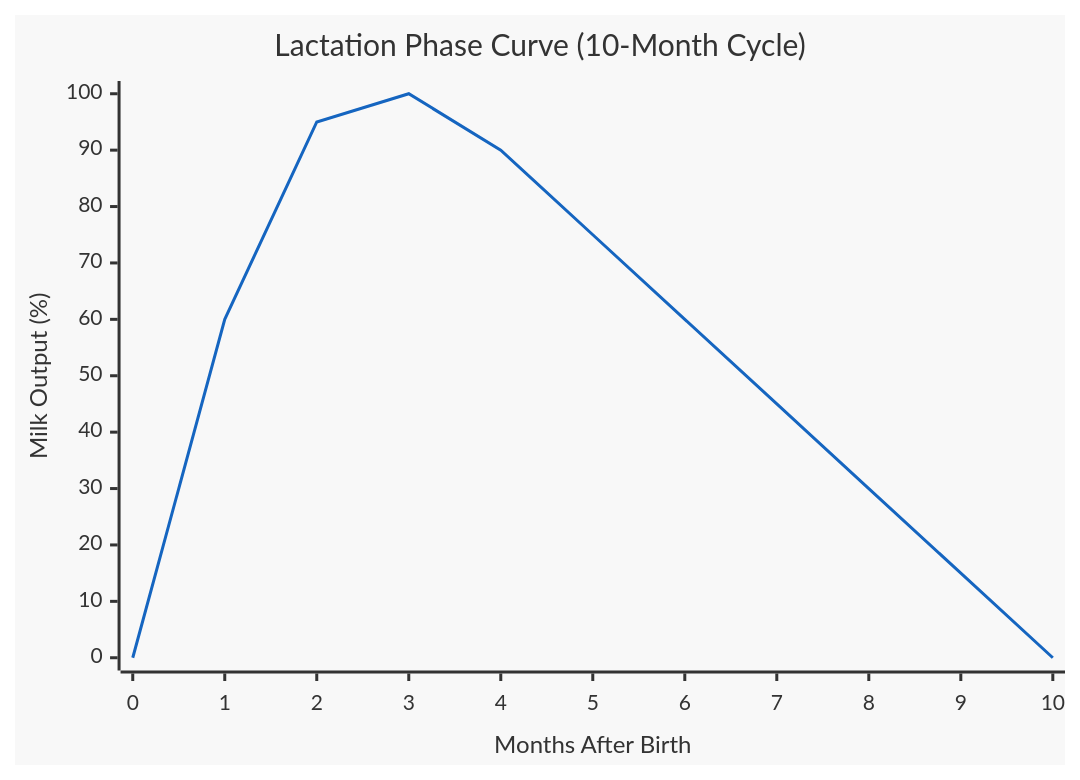
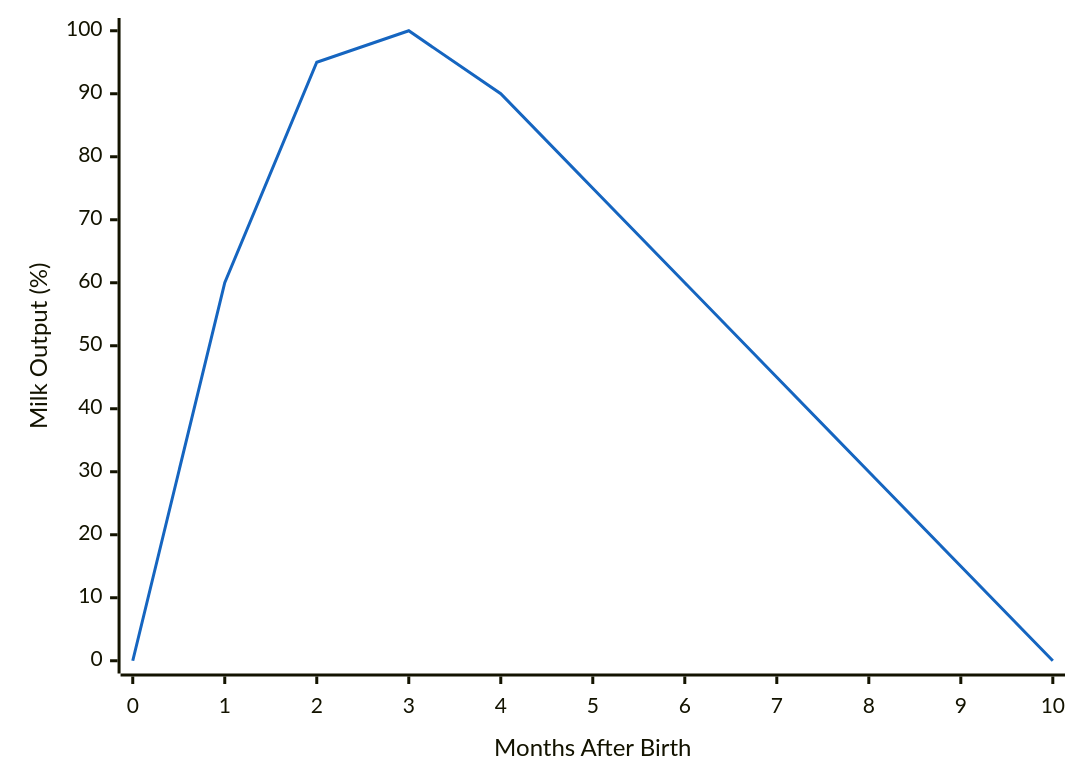
The diagram in docs/user-guide/guide-breeding.md (rittermod/FS25_RealisticLivestockRM), drawn with Mermaid before and after one commit. The commit also changed 2 other files, not shown here.

Commit message:
docs: fighting mermaids in the dark

````diff
--- a/docs/user-guide/guide-breeding.md
+++ b/docs/user-guide/guide-breeding.md
@@ -148,8 +148,7 @@
 ```mermaid
-%%{init: {"themeVariables": {"xyChart": {"backgroundColor": "#f8f8f8", "titleColor": "#333333", "xAxisLabelColor": "#333333", "xAxisTitleColor": "#333333", "xAxisTickColor": "#333333", "xAxisLineColor": "#333333", "yAxisLabelColor": "#333333", "yAxisTitleColor": "#333333", "yAxisTickColor": "#333333", "yAxisLineColor": "#333333", "plotColorPalette": "#1565c0"}}}}%%
+%%{init: {"themeVariables": {"xyChart": {"plotColorPalette": "#1565c0"}}}}%%
 xychart-beta
-    title "Lactation Phase Curve (10-Month Cycle)"
     x-axis "Months After Birth" [0, 1, 2, 3, 4, 5, 6, 7, 8, 9, 10]
     y-axis "Milk Output (%)" 0 --> 100
     line [0, 60, 95, 100, 90, 75, 60, 45, 30, 15, 0]
 ```
````
